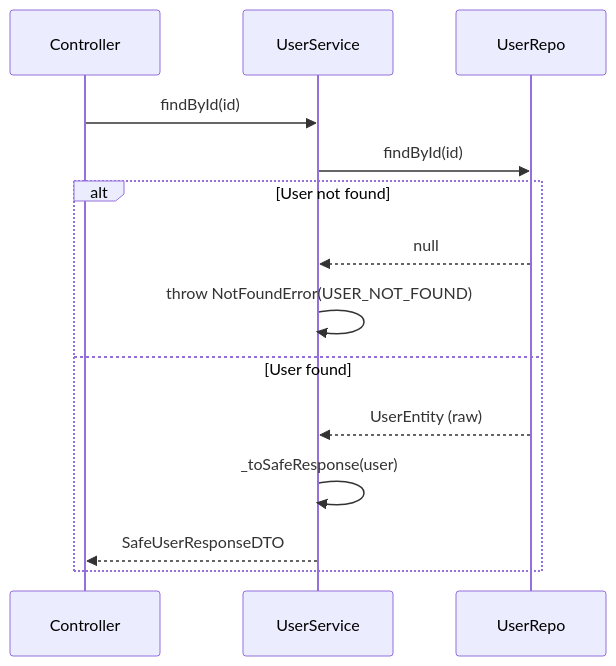
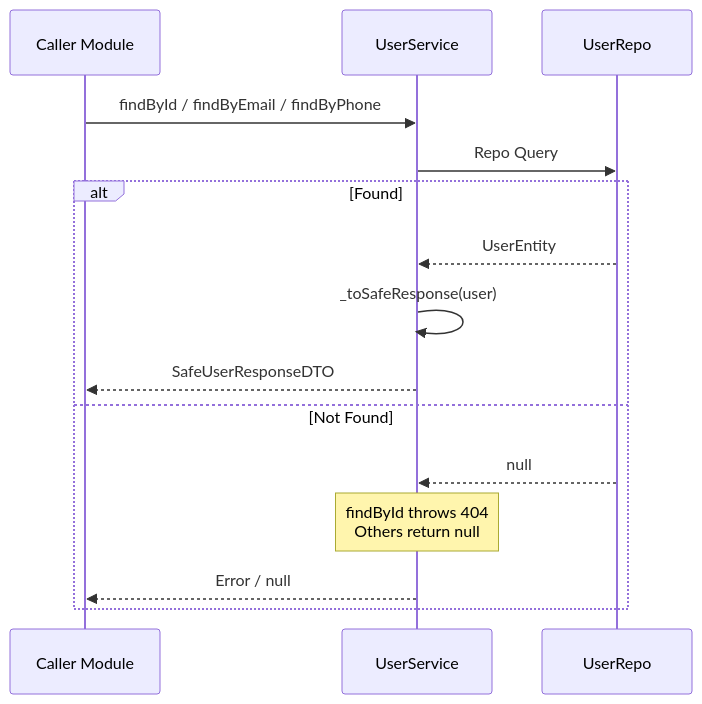
One commit to SangHynh/atomecom changed the third of 5 diagrams in server/src/modules/users/README.md. Above: the diagram before and after it, drawn with Mermaid. The commit also changed other lines of this file and 1 other file, not shown here.

````diff
--- a/server/src/modules/users/README.md
+++ b/server/src/modules/users/README.md
@@ -96,17 +96,18 @@
 ```mermaid
 sequenceDiagram
-    participant C as Controller
+    participant M as Caller Module
     participant S as UserService
     participant R as UserRepo
 
-    C->>S: findById(id)
-    S->>R: findById(id)
-    alt User not found
+    M->>S: findById / findByEmail / findByPhone
+    S->>R: Repo Query
+    alt Found
+        R-->>S: UserEntity
+        S->>S: _toSafeResponse(user)
+        S-->>M: SafeUserResponseDTO
+    else Not Found
         R-->>S: null
-        S->>S: throw NotFoundError(USER_NOT_FOUND)
-    else User found
-        R-->>S: UserEntity (raw)
-        S->>S: _toSafeResponse(user)
-        S-->>C: SafeUserResponseDTO
+        Note over S: findById throws 404<br/>Others return null
+        S-->>M: Error / null
     end
 ```
````
